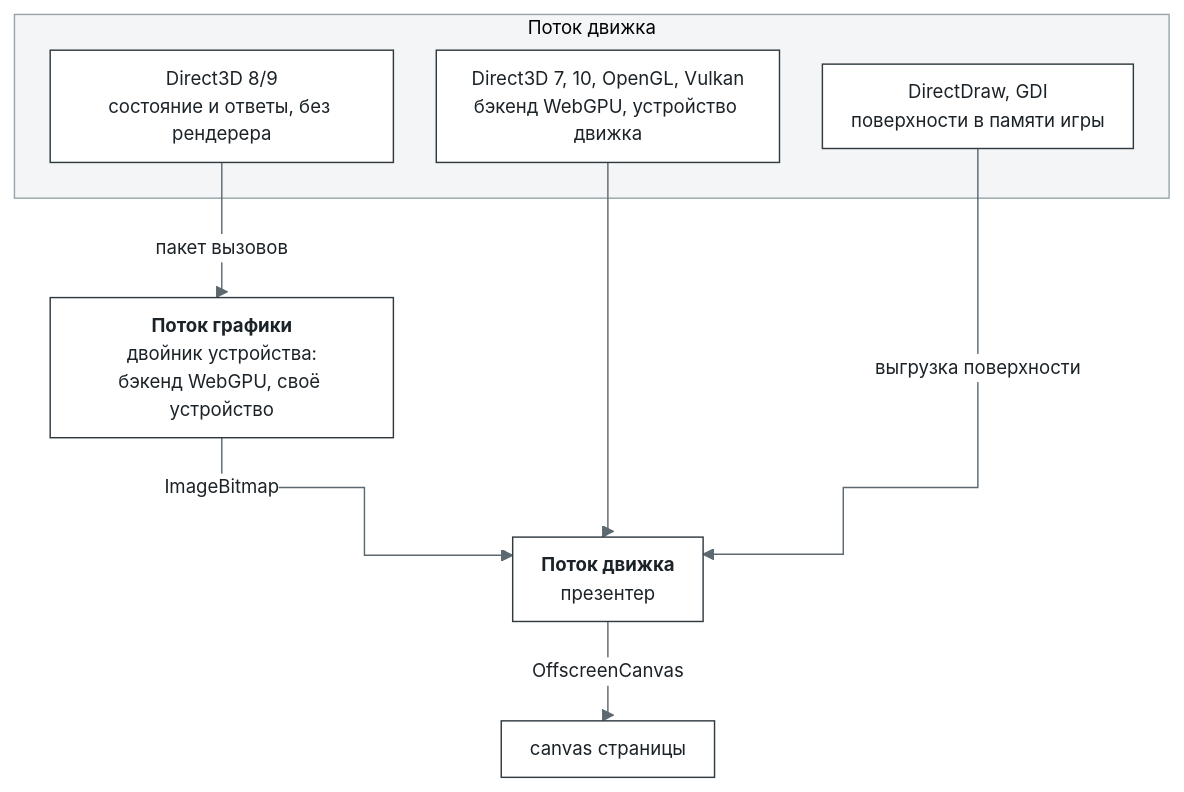
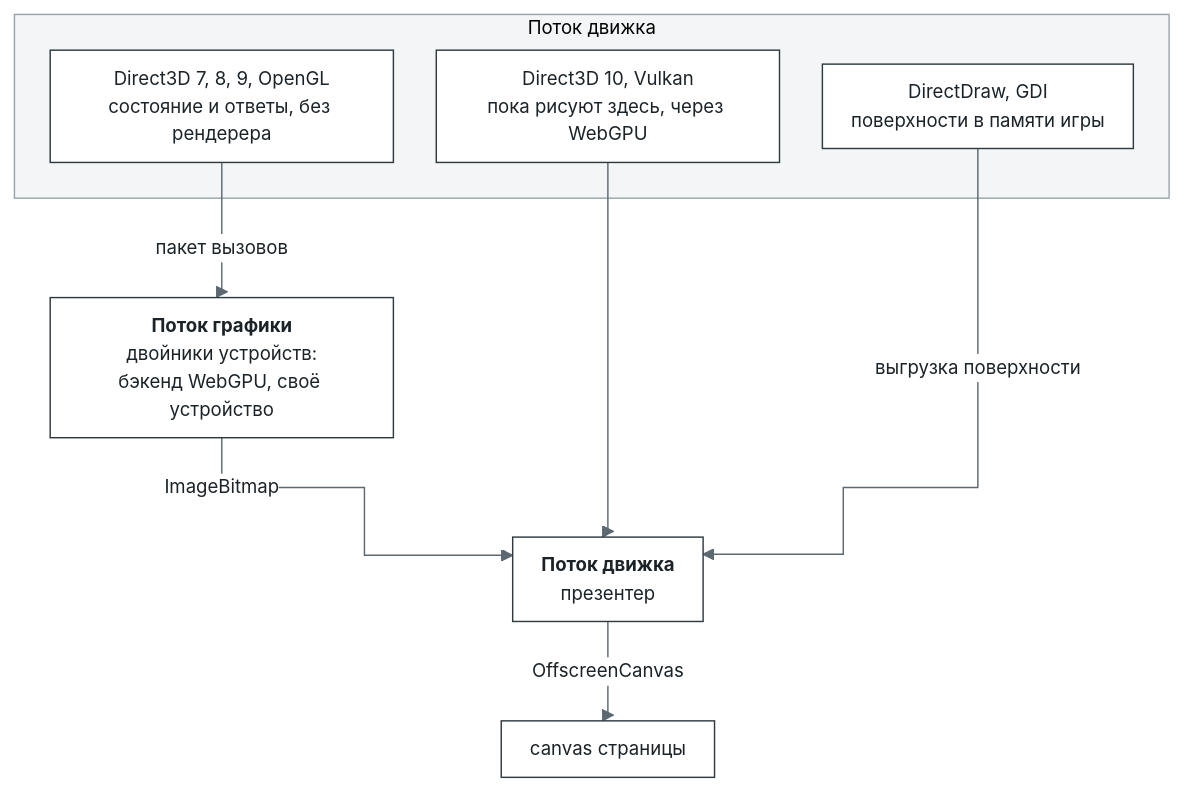
Before and after one commit to bottlify/bottlify: the ninth of 12 diagrams in docs/architecture.ru.md, drawn with Mermaid. The commit also changed other lines of this file and 1 other file, not shown here.

````diff
--- a/docs/architecture.ru.md
+++ b/docs/architecture.ru.md
@@ -500,17 +505,17 @@
 ```mermaid
 %%{init: {"theme": "base", "flowchart": {"curve": "step", "nodeSpacing": 30, "rankSpacing": 50, "padding": 10}, "themeVariables": {"fontFamily": "Inter, Segoe UI, Helvetica, Arial, sans-serif", "fontSize": "13px", "primaryColor": "#FFFFFF", "primaryBorderColor": "#2F3A40", "primaryTextColor": "#1B2328", "lineColor": "#5C6970", "clusterBkg": "#F3F5F6", "clusterBorder": "#9AA6AC", "edgeLabelBackground": "#FFFFFF"}}}%%
 flowchart TB
   subgraph E1["Поток движка"]
-    D89["Direct3D 8/9<br/>состояние и ответы, без рендерера"]
-    D7["Direct3D 7, 10, OpenGL, Vulkan<br/>бэкенд WebGPU, устройство движка"]
+    D89["Direct3D 7, 8, 9, OpenGL<br/>состояние и ответы, без рендерера"]
+    D7["Direct3D 10, Vulkan<br/>пока рисуют здесь, через WebGPU"]
     SW["DirectDraw, GDI<br/>поверхности в памяти игры"]
   end
-  TW["<b>Поток графики</b><br/>двойник устройства:<br/>бэкенд WebGPU, своё устройство"]
+  TW["<b>Поток графики</b><br/>двойники устройств:<br/>бэкенд WebGPU, своё устройство"]
   PR["<b>Поток движка</b><br/>презентер"]
   CV["canvas страницы"]
   D89 -->|"пакет вызовов"| TW
   TW -->|"ImageBitmap"| PR
   D7 --> PR
   SW -->|"выгрузка поверхности"| PR
   PR -->|"OffscreenCanvas"| CV
 ```
````
